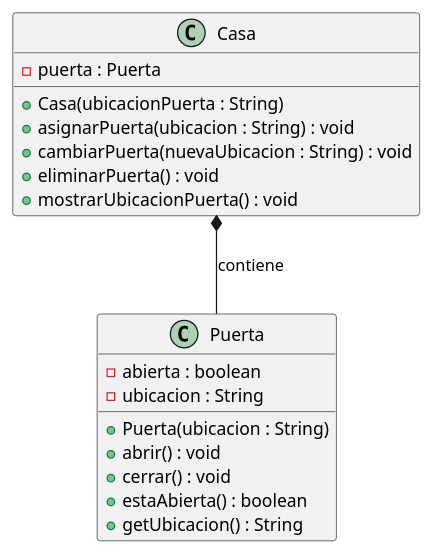
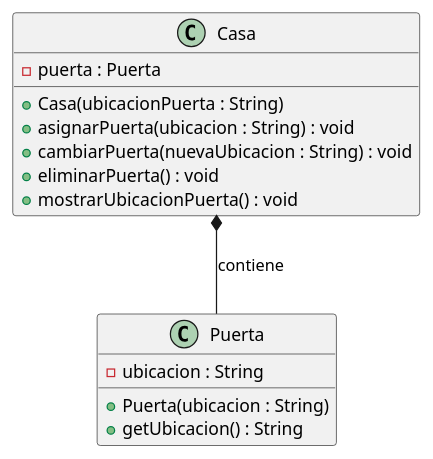
One commit to Orion-ooo/TalleresPracticos-corte2 changed the diagram in Taller Práctico 3 Relaciones de Agregacion usando Java/Ejercicio 2/src/local/diagrama.puml. Above: the diagram before and after it, drawn with PlantUML.

Commit message:
Ejercicio 2 del tercer pdf

```diff
--- a/Taller Práctico 3 Relaciones de Agregacion usando Java/Ejercicio 2/src/local/diagrama.puml
+++ b/Taller Práctico 3 Relaciones de Agregacion usando Java/Ejercicio 2/src/local/diagrama.puml
@@ -1,22 +1,18 @@
 @startuml
 class Puerta {
-    - abierta : boolean
     - ubicacion : String
     + Puerta(ubicacion : String)
-    + abrir() : void
-    + cerrar() : void
-    + estaAbierta() : boolean
     + getUbicacion() : String
 }
 
 class Casa {
     - puerta : Puerta
     + Casa(ubicacionPuerta : String)
     + asignarPuerta(ubicacion : String) : void
     + cambiarPuerta(nuevaUbicacion : String) : void
     + eliminarPuerta() : void
     + mostrarUbicacionPuerta() : void
 }
 
 Casa *-- Puerta : contiene
 @enduml
```
